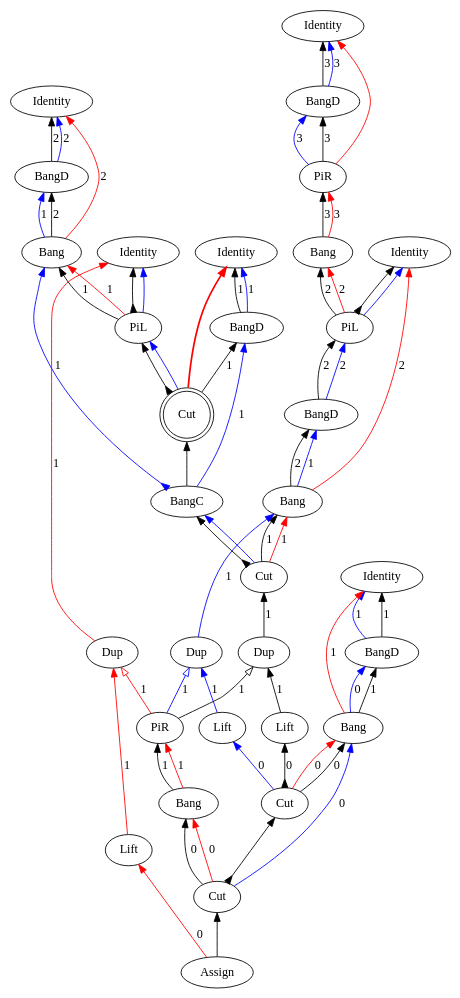
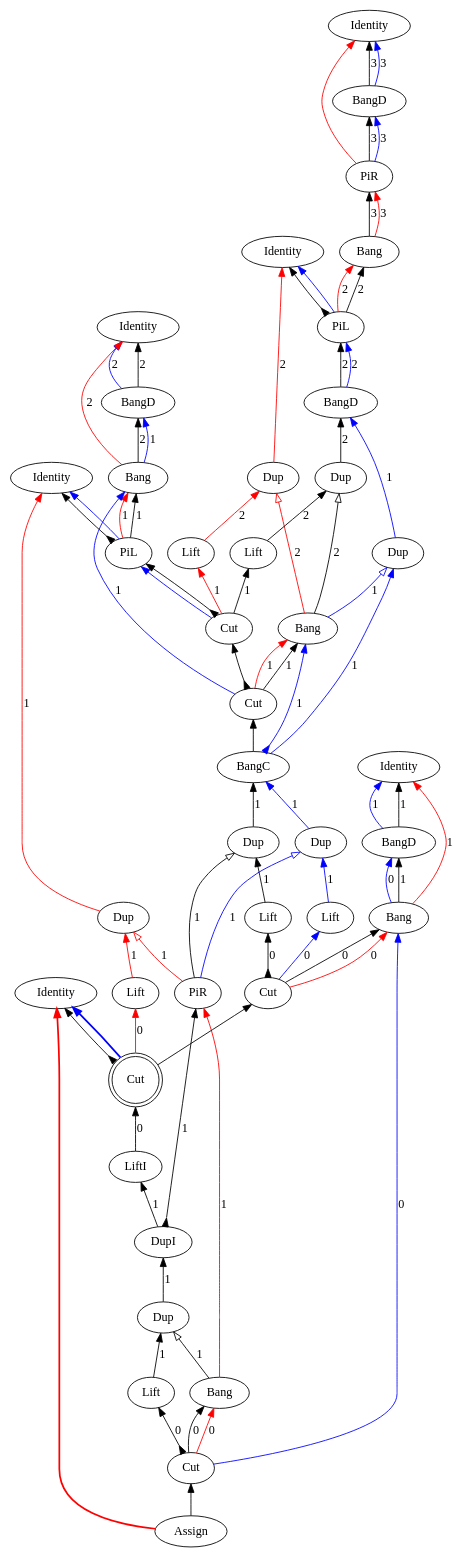
One commit to Mathnerd314/stroscot changed the diagram in src/core/graphs/example_m_14.dot. Above: the diagram before and after it, drawn with Graphviz. The commit also changed 88 other files, not shown here.

```diff
--- a/src/core/graphs/example_m_14.dot
+++ b/src/core/graphs/example_m_14.dot
@@ -7,93 +7,114 @@
 "Identity4" [label="Identity"]
 "PiL5" [label="PiL"]
 "BangD6" [label="BangD"]
-"Bang7" [label="Bang"]
-"Identity8" [label="Identity"]
-"BangD9" [label="BangD"]
-"Bang10" [label="Bang"]
-"Identity11" [label="Identity"]
-"PiL12" [label="PiL"]
-"Identity13" [label="Identity"]
-"BangD14" [label="BangD"]
-"Cut15" [label="Cut",shape=doublecircle]
-"BangC16" [label="BangC"]
-"Identity17" [label="Identity"]
-"BangD18" [label="BangD"]
-"Bang19" [label="Bang"]
-"Assign20" [label="Assign"]
-"Cut21" [label="Cut"]
-"Bang22" [label="Bang"]
-"Cut23" [label="Cut"]
-"PiR24" [label="PiR"]
-"Dup25" [label="Dup"]
-"Dup26" [label="Dup"]
-"Dup27" [label="Dup"]
+"Identity7" [label="Identity"]
+"BangD8" [label="BangD"]
+"Bang9" [label="Bang"]
+"Identity10" [label="Identity"]
+"PiL11" [label="PiL"]
+"Identity12" [label="Identity"]
+"BangD13" [label="BangD"]
+"Bang14" [label="Bang"]
+"Identity15" [label="Identity"]
+"Assign16" [label="Assign"]
+"Dup17" [label="Dup"]
+"Bang18" [label="Bang"]
+"Cut19" [label="Cut"]
+"Lift20" [label="Lift"]
+"Dup21" [label="Dup"]
+"Dup22" [label="Dup"]
+"Dup23" [label="Dup"]
+"Bang24" [label="Bang"]
+"Cut25" [label="Cut"]
+"BangC26" [label="BangC"]
+"Cut27" [label="Cut"]
 "Lift28" [label="Lift"]
 "Lift29" [label="Lift"]
-"Lift30" [label="Lift"]
-"Cut31" [label="Cut"]
-"Bang19" -> "BangD18"[color=black,weight=5,tooltip="c_bseq24",label="1",arrowhead=normal,arrowtail=none,dir=both]
-"Bang10" -> "BangD9"[color=black,weight=5,tooltip="c_bseq58",label="2",arrowhead=normal,arrowtail=none,dir=both]
-"Bang7" -> "BangD6"[color=black,weight=5,tooltip="c_bseq67",label="2",arrowhead=normal,arrowtail=none,dir=both]
+"PiR30" [label="PiR"]
+"Dup31" [label="Dup"]
+"Dup32" [label="Dup"]
+"Dup33" [label="Dup"]
+"DupI34" [label="DupI"]
+"Lift35" [label="Lift"]
+"Lift36" [label="Lift"]
+"Lift37" [label="Lift"]
+"LiftI38" [label="LiftI"]
+"Cut39" [label="Cut"]
+"Cut40" [label="Cut",shape=doublecircle]
+"Lift28" -> "Dup21"[color=black,weight=5,tooltip="c_bseq100",label="2",arrowhead=normal,arrowtail=none,dir=both]
+"Bang24" -> "Dup21"[color=black,weight=5,tooltip="c_bseq106",label="2",arrowhead=onormal,arrowtail=none,dir=both]
+"DupI34" -> "LiftI38"[color=black,weight=5,tooltip="c_bseq121",label="1",arrowhead=normal,arrowtail=none,dir=both]
+"DupI34" -> "PiR30"[color=black,weight=5,tooltip="c_bseq125",label="1",arrowhead=normal,arrowtail=inv,dir=both]
+"LiftI38" -> "Cut40"[color=black,weight=5,tooltip="c_bseq129",label="0",arrowhead=normal,arrowtail=none,dir=both]
+"Bang14" -> "BangD13"[color=black,weight=5,tooltip="c_bseq24",label="1",arrowhead=normal,arrowtail=none,dir=both]
+"Dup17" -> "DupI34"[color=black,weight=5,tooltip="c_bseq32",label="1",arrowhead=normal,arrowtail=none,dir=both]
+"Bang9" -> "BangD8"[color=black,weight=5,tooltip="c_bseq58",label="2",arrowhead=normal,arrowtail=none,dir=both]
+"Dup21" -> "BangD6"[color=black,weight=5,tooltip="c_bseq67",label="2",arrowhead=normal,arrowtail=none,dir=both]
 "Bang3" -> "PiR2"[color=black,weight=5,tooltip="c_bseq79",label="3",arrowhead=normal,arrowtail=none,dir=both]
-"Bang22" -> "PiR24"[color=black,weight=5,tooltip="c_bseq91",label="1",arrowhead=normal,arrowtail=none,dir=both]
-"Cut15" -> "PiL12"[color=black,weight=5,tooltip="c_lseq46",arrowhead=normal,arrowtail=inv,dir=both]
-"Cut15" -> "BangD14"[color=black,weight=5,tooltip="c_rseq47",label="1",arrowhead=normal,arrowtail=none,dir=both]
-"Cut31" -> "Bang19"[color=black,weight=5,tooltip="dseq20",label="0",arrowhead=normal,arrowtail=none,dir=both]
-"PiL12" -> "Bang10"[color=black,weight=5,tooltip="dseq54",label="1",arrowhead=normal,arrowtail=none,dir=both]
-"Cut21" -> "Bang7"[color=black,weight=5,tooltip="dseq63",label="1",arrowhead=normal,arrowtail=none,dir=both]
+"Lift20" -> "Dup17"[color=black,weight=5,tooltip="c_bseq86",label="1",arrowhead=normal,arrowtail=none,dir=both]
+"Bang18" -> "Dup17"[color=black,weight=5,tooltip="c_bseq90",label="1",arrowhead=onormal,arrowtail=none,dir=both]
+"Cut25" -> "Bang24"[color=black,weight=5,tooltip="dseq109",label="1",arrowhead=normal,arrowtail=none,dir=both]
+"Cut39" -> "Bang14"[color=black,weight=5,tooltip="dseq20",label="0",arrowhead=normal,arrowtail=none,dir=both]
+"PiL11" -> "Bang9"[color=black,weight=5,tooltip="dseq54",label="1",arrowhead=normal,arrowtail=none,dir=both]
 "PiL5" -> "Bang3"[color=black,weight=5,tooltip="dseq76",label="2",arrowhead=normal,arrowtail=none,dir=both]
-"Cut23" -> "Bang22"[color=black,weight=5,tooltip="dseq93",label="0",arrowhead=normal,arrowtail=none,dir=both]
-"Lift29" -> "Dup26"[color=blue,weight=2,tooltip="h101",label="1",arrowhead=normal,arrowtail=none,dir=both]
-"PiR24" -> "Dup26"[color=blue,weight=2,tooltip="h105",label="1",arrowhead=onormal,arrowtail=none,dir=both]
-"Cut31" -> "Lift29"[color=blue,weight=2,tooltip="h109",label="0",arrowhead=normal,arrowtail=none,dir=both]
-"Dup26" -> "Bang7"[color=blue,weight=2,tooltip="h34",label="1",arrowhead=normal,arrowtail=none,dir=both]
-"Bang7" -> "BangD6"[color=blue,weight=2,tooltip="hf65",label="1",arrowhead=normal,arrowtail=none,dir=both]
+"Cut19" -> "Bang18"[color=black,weight=5,tooltip="dseq92",label="0",arrowhead=normal,arrowtail=none,dir=both]
+"BangC26" -> "Bang24"[color=blue,weight=2,tooltip="h110",label="1",arrowhead=normal,arrowtail=inv,dir=both]
+"Lift36" -> "Dup32"[color=blue,weight=2,tooltip="h119",label="1",arrowhead=normal,arrowtail=none,dir=both]
+"PiR30" -> "Dup32"[color=blue,weight=2,tooltip="h123",label="1",arrowhead=onormal,arrowtail=none,dir=both]
+"Cut39" -> "Lift36"[color=blue,weight=2,tooltip="h127",label="0",arrowhead=normal,arrowtail=none,dir=both]
+"Dup32" -> "BangC26"[color=blue,weight=2,tooltip="h34",label="1",arrowhead=normal,arrowtail=none,dir=both]
+"BangC26" -> "Dup23"[color=blue,weight=2,tooltip="hf101",label="1",arrowhead=normal,arrowtail=none,dir=both]
+"Bang24" -> "Dup23"[color=blue,weight=2,tooltip="hf107",label="1",arrowhead=onormal,arrowtail=none,dir=both]
+"Dup23" -> "BangD6"[color=blue,weight=2,tooltip="hf65",label="1",arrowhead=normal,arrowtail=none,dir=both]
 "BangD6" -> "PiL5"[color=black,weight=5,tooltip="hseq72",label="2",arrowhead=normal,arrowtail=none,dir=both]
 "PiR2" -> "BangD1"[color=blue,weight=2,tooltip="i81",label="3",arrowhead=normal,arrowtail=none,dir=both]
-"PiL12" -> "Identity11"[color=black,weight=5,tooltip="idseq55",arrowhead=normal,arrowtail=inv,dir=both]
+"Cut40" -> "Identity15"[color=black,weight=5,tooltip="idseq21",arrowhead=normal,arrowtail=inv,dir=both]
+"PiL11" -> "Identity10"[color=black,weight=5,tooltip="idseq55",arrowhead=normal,arrowtail=inv,dir=both]
 "PiL5" -> "Identity4"[color=black,weight=5,tooltip="idseq77",arrowhead=normal,arrowtail=inv,dir=both]
 "BangD1" -> "Identity0"[color=blue,weight=2,tooltip="iret84",label="3",arrowhead=normal,arrowtail=none,dir=both]
 "BangD1" -> "Identity0"[color=black,weight=5,tooltip="iseq83",label="3",arrowhead=normal,arrowtail=none,dir=both]
-"PiL12" -> "Identity11"[color=blue,weight=2,tooltip="lret53",arrowhead=normal,arrowtail=none,dir=both]
+"Cut40" -> "Identity15"[color=blue,weight=2,tooltip="lret19",arrowhead=normal,arrowtail=none,penwidth=2,dir=both]
+"PiL11" -> "Identity10"[color=blue,weight=2,tooltip="lret53",arrowhead=normal,arrowtail=none,dir=both]
 "PiL5" -> "Identity4"[color=blue,weight=2,tooltip="lret75",arrowhead=normal,arrowtail=none,dir=both]
-"Cut15" -> "PiL12"[color=blue,weight=2,tooltip="lval48",arrowhead=normal,arrowtail=none,dir=both]
+"Cut27" -> "PiL11"[color=blue,weight=2,tooltip="lval48",arrowhead=normal,arrowtail=none,dir=both]
 "BangD6" -> "PiL5"[color=blue,weight=2,tooltip="lval70",label="2",arrowhead=normal,arrowtail=none,dir=both]
-"Cut31" -> "Bang19"[color=red,weight=2,tooltip="newrret18",label="0",arrowhead=normal,arrowtail=none,dir=both]
-"PiL12" -> "Bang10"[color=red,weight=2,tooltip="newrret52",label="1",arrowhead=normal,arrowtail=none,dir=both]
-"Cut21" -> "Bang7"[color=red,weight=2,tooltip="newrret61",label="1",arrowhead=normal,arrowtail=none,dir=both]
+"Cut25" -> "Bang24"[color=red,weight=2,tooltip="newrret111",label="1",arrowhead=normal,arrowtail=none,dir=both]
+"Cut39" -> "Bang14"[color=red,weight=2,tooltip="newrret18",label="0",arrowhead=normal,arrowtail=none,dir=both]
+"PiL11" -> "Bang9"[color=red,weight=2,tooltip="newrret52",label="1",arrowhead=normal,arrowtail=none,dir=both]
 "PiL5" -> "Bang3"[color=red,weight=2,tooltip="newrret74",label="2",arrowhead=normal,arrowtail=none,dir=both]
-"Cut23" -> "Bang22"[color=red,weight=2,tooltip="newrret94",label="0",arrowhead=normal,arrowtail=none,dir=both]
-"Bang19" -> "Identity17"[color=red,weight=2,tooltip="newrretf23",label="1",arrowhead=normal,arrowtail=none,dir=both]
-"Bang10" -> "Identity8"[color=red,weight=2,tooltip="newrretf57",label="2",arrowhead=normal,arrowtail=none,dir=both]
-"Bang7" -> "Identity4"[color=red,weight=2,tooltip="newrretf66",label="2",arrowhead=normal,arrowtail=none,dir=both]
+"Cut19" -> "Bang18"[color=red,weight=2,tooltip="newrret93",label="0",arrowhead=normal,arrowtail=none,dir=both]
+"Lift29" -> "Dup22"[color=red,weight=2,tooltip="newrretf102",label="2",arrowhead=normal,arrowtail=none,dir=both]
+"Bang24" -> "Dup22"[color=red,weight=2,tooltip="newrretf108",label="2",arrowhead=onormal,arrowtail=none,dir=both]
+"Bang14" -> "Identity12"[color=red,weight=2,tooltip="newrretf23",label="1",arrowhead=normal,arrowtail=none,dir=both]
+"Bang9" -> "Identity7"[color=red,weight=2,tooltip="newrretf57",label="2",arrowhead=normal,arrowtail=none,dir=both]
+"Dup22" -> "Identity4"[color=red,weight=2,tooltip="newrretf66",label="2",arrowhead=normal,arrowtail=none,dir=both]
 "Bang3" -> "PiR2"[color=red,weight=2,tooltip="newrretf78",label="3",arrowhead=normal,arrowtail=none,dir=both]
-"Bang22" -> "PiR24"[color=red,weight=2,tooltip="newrretf92",label="1",arrowhead=normal,arrowtail=none,dir=both]
-"Lift30" -> "Dup27"[color=red,weight=2,tooltip="ret102",label="1",arrowhead=normal,arrowtail=none,dir=both]
-"PiR24" -> "Dup27"[color=red,weight=2,tooltip="ret106",label="1",arrowhead=onormal,arrowtail=none,dir=both]
-"Assign20" -> "Lift30"[color=red,weight=2,tooltip="ret110",label="0",arrowhead=normal,arrowtail=none,dir=both]
-"Dup27" -> "Identity11"[color=red,weight=2,tooltip="ret42",label="1",arrowhead=normal,arrowtail=none,dir=both]
+"Bang18" -> "PiR30"[color=red,weight=2,tooltip="newrretf91",label="1",arrowhead=normal,arrowtail=none,dir=both]
+"Lift37" -> "Dup33"[color=red,weight=2,tooltip="ret120",label="1",arrowhead=normal,arrowtail=none,dir=both]
+"PiR30" -> "Dup33"[color=red,weight=2,tooltip="ret124",label="1",arrowhead=onormal,arrowtail=none,dir=both]
+"Cut40" -> "Lift37"[color=red,weight=2,tooltip="ret128",label="0",arrowhead=normal,arrowtail=none,dir=both]
+"Dup33" -> "Identity10"[color=red,weight=2,tooltip="ret42",label="1",arrowhead=normal,arrowtail=none,dir=both]
+"Assign16" -> "Identity15"[color=red,weight=2,tooltip="ret8",arrowhead=normal,arrowtail=none,penwidth=2,dir=both]
 "PiR2" -> "Identity0"[color=red,weight=2,tooltip="ret82",arrowhead=normal,arrowtail=none,dir=both]
-"Assign20" -> "Cut23"[color=black,weight=5,tooltip="retseq0",arrowhead=normal,arrowtail=none,dir=both]
-"Cut15" -> "Identity13"[color=red,weight=2,tooltip="rval49",arrowhead=normal,arrowtail=none,penwidth=2,dir=both]
-"Lift28" -> "Dup25"[color=black,weight=5,tooltip="seq100",label="1",arrowhead=normal,arrowtail=none,dir=both]
-"PiR24" -> "Dup25"[color=black,weight=5,tooltip="seq104",label="1",arrowhead=onormal,arrowtail=none,dir=both]
-"Cut31" -> "Lift28"[color=black,weight=5,tooltip="seq108",label="0",arrowhead=normal,arrowtail=inv,dir=both]
-"Dup25" -> "Cut21"[color=black,weight=5,tooltip="seq33",label="1",arrowhead=normal,arrowtail=none,dir=both]
-"Cut21" -> "BangC16"[color=black,weight=5,tooltip="seq40",arrowhead=normal,arrowtail=inv,dir=both]
-"BangC16" -> "Cut15"[color=black,weight=5,tooltip="seq45",arrowhead=normal,arrowtail=none,dir=both]
+"Assign16" -> "Cut19"[color=black,weight=5,tooltip="retseq0",arrowhead=normal,arrowtail=none,dir=both]
+"Lift35" -> "Dup31"[color=black,weight=5,tooltip="seq118",label="1",arrowhead=normal,arrowtail=none,dir=both]
+"PiR30" -> "Dup31"[color=black,weight=5,tooltip="seq122",label="1",arrowhead=onormal,arrowtail=none,dir=both]
+"Cut39" -> "Lift35"[color=black,weight=5,tooltip="seq126",label="0",arrowhead=normal,arrowtail=inv,dir=both]
+"Dup31" -> "BangC26"[color=black,weight=5,tooltip="seq33",label="1",arrowhead=normal,arrowtail=none,dir=both]
 "PiR2" -> "BangD1"[color=black,weight=5,tooltip="seq80",label="3",arrowhead=normal,arrowtail=none,dir=both]
-"Cut23" -> "Cut31"[color=black,weight=5,tooltip="seqBC95",arrowhead=normal,arrowtail=inv,dir=both]
-"Cut23" -> "Bang19"[color=blue,weight=2,tooltip="xB10",label="0",arrowhead=normal,arrowtail=none,dir=both]
-"Bang19" -> "BangD18"[color=blue,weight=2,tooltip="xBf22",label="0",arrowhead=normal,arrowtail=none,dir=both]
-"BangD18" -> "Identity17"[color=blue,weight=2,tooltip="xret26",label="1",arrowhead=normal,arrowtail=none,dir=both]
-"BangD18" -> "Identity17"[color=black,weight=5,tooltip="xseq25",label="1",arrowhead=normal,arrowtail=none,dir=both]
-"Cut21" -> "BangC16"[color=blue,weight=2,tooltip="y41",arrowhead=normal,arrowtail=none,dir=both]
-"BangC16" -> "BangD14"[color=blue,weight=2,tooltip="yA43",label="1",arrowhead=normal,arrowtail=none,dir=both]
-"BangC16" -> "Bang10"[color=blue,weight=2,tooltip="yB44",label="1",arrowhead=normal,arrowtail=inv,dir=both]
-"Bang10" -> "BangD9"[color=blue,weight=2,tooltip="yBf56",label="1",arrowhead=normal,arrowtail=none,dir=both]
-"BangD14" -> "Identity13"[color=blue,weight=2,tooltip="yret51",label="1",arrowhead=normal,arrowtail=none,dir=both]
-"BangD9" -> "Identity8"[color=blue,weight=2,tooltip="yret60",label="2",arrowhead=normal,arrowtail=none,dir=both]
-"BangD14" -> "Identity13"[color=black,weight=5,tooltip="yseq50",label="1",arrowhead=normal,arrowtail=none,dir=both]
-"BangD9" -> "Identity8"[color=black,weight=5,tooltip="yseq59",label="2",arrowhead=normal,arrowtail=none,dir=both]
+"BangC26" -> "Cut25"[color=black,weight=5,tooltip="seqBB113",arrowhead=normal,arrowtail=none,dir=both]
+"Cut25" -> "Cut27"[color=black,weight=5,tooltip="seqBC112",arrowhead=normal,arrowtail=inv,dir=both]
+"Cut19" -> "Lift20"[color=black,weight=5,tooltip="seqBC94",label="0",arrowhead=normal,arrowtail=inv,dir=both]
+"Cut27" -> "Lift29"[color=red,weight=2,tooltip="seqDM115",label="1",arrowhead=normal,arrowtail=none,dir=both]
+"Cut27" -> "Lift28"[color=black,weight=5,tooltip="seqDS114",label="1",arrowhead=normal,arrowtail=none,dir=both]
+"Cut40" -> "Cut39"[color=black,weight=5,tooltip="seqP130",arrowhead=normal,arrowtail=none,dir=both]
+"Cut19" -> "Bang14"[color=blue,weight=2,tooltip="xB10",label="0",arrowhead=normal,arrowtail=none,dir=both]
+"Bang14" -> "BangD13"[color=blue,weight=2,tooltip="xBf22",label="0",arrowhead=normal,arrowtail=none,dir=both]
+"BangD13" -> "Identity12"[color=blue,weight=2,tooltip="xret26",label="1",arrowhead=normal,arrowtail=none,dir=both]
+"BangD13" -> "Identity12"[color=black,weight=5,tooltip="xseq25",label="1",arrowhead=normal,arrowtail=none,dir=both]
+"Cut25" -> "Bang9"[color=blue,weight=2,tooltip="yB44",label="1",arrowhead=normal,arrowtail=none,dir=both]
+"Bang9" -> "BangD8"[color=blue,weight=2,tooltip="yBf56",label="1",arrowhead=normal,arrowtail=none,dir=both]
+"BangD8" -> "Identity7"[color=blue,weight=2,tooltip="yret60",label="2",arrowhead=normal,arrowtail=none,dir=both]
+"Cut27" -> "PiL11"[color=black,weight=5,tooltip="yseq50",arrowhead=normal,arrowtail=inv,dir=both]
+"BangD8" -> "Identity7"[color=black,weight=5,tooltip="yseq59",label="2",arrowhead=normal,arrowtail=none,dir=both]
 }
```
